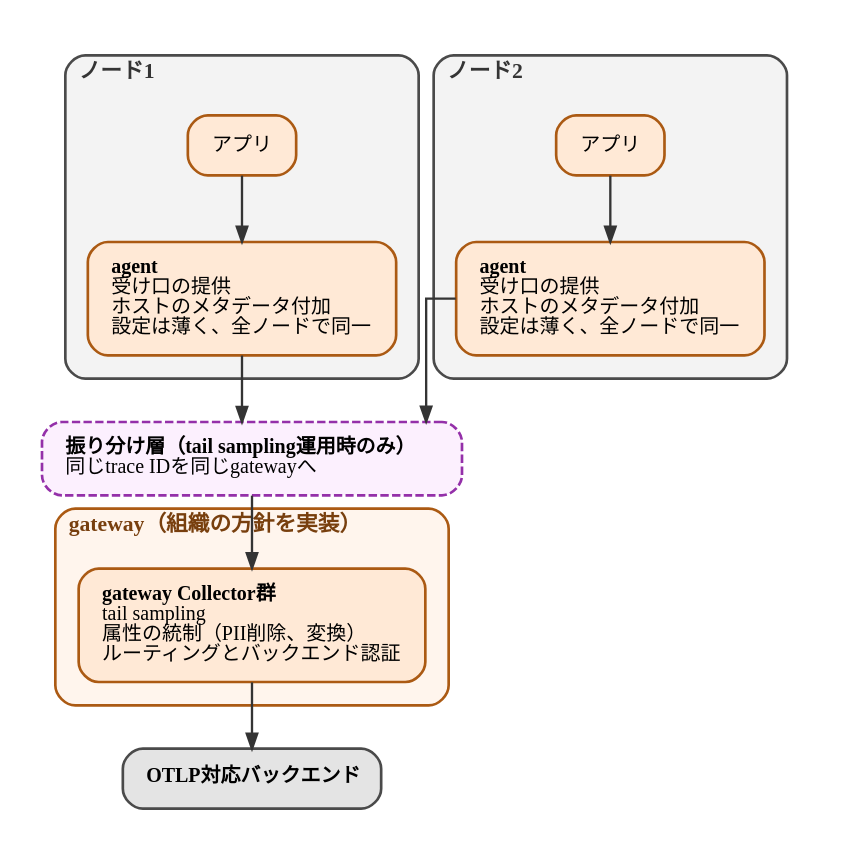
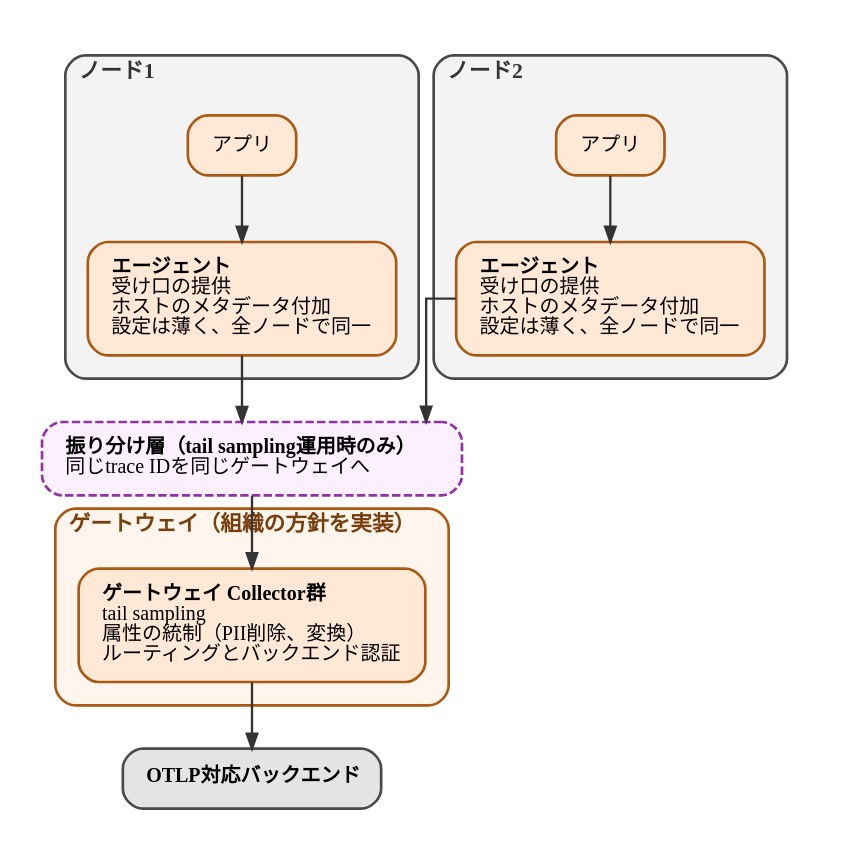
One commit to ymotongpoo/zenn.dev changed the diagram in diagrams/observability-platform-with-otel/20260926-agent-gateway.dot. Above: the diagram before and after it, drawn with Graphviz. The commit also changed 27 other files, not shown here.

```diff
--- a/diagrams/observability-platform-with-otel/20260926-agent-gateway.dot
+++ b/diagrams/observability-platform-with-otel/20260926-agent-gateway.dot
@@ -1,56 +1,56 @@
 // agentとgatewayの2段トポロジー
 digraph agent_gateway {
   graph [
     fontname="IBM Plex Sans JP", fontsize=13,
     rankdir=TB, compound=true, splines=ortho,
     nodesep=0.5, ranksep=0.55, pad=0.25,
     bgcolor="white", newrank=true
   ];
   node [
     fontname="IBM Plex Sans JP", fontsize=12,
     shape=box, style="rounded,filled",
     fillcolor="#E4E4E4", color="#4A4A4A", penwidth=1.6,
     margin="0.2,0.14"
   ];
   edge [
     fontname="IBM Plex Sans JP", fontsize=11,
     color="#343434", penwidth=1.4, arrowsize=0.9,
     fontcolor="#171717"
   ];
 
   subgraph cluster_node1 {
     label=<<b>ノード1</b>>;
     labeljust="l"; style="rounded"; penwidth=1.6;
     color="#4A4A4A"; bgcolor="#F3F3F3"; fontcolor="#343434"; margin=14;
     app1 [label="アプリ", fillcolor="#FFE9D6", color="#AB5A13"];
-    agent1 [label=<<b>agent</b><br align="left"/>受け口の提供<br align="left"/>ホストのメタデータ付加<br align="left"/>設定は薄く、全ノードで同一<br align="left"/>>, fillcolor="#FFE9D6", color="#AB5A13"];
+    agent1 [label=<<b>エージェント</b><br align="left"/>受け口の提供<br align="left"/>ホストのメタデータ付加<br align="left"/>設定は薄く、全ノードで同一<br align="left"/>>, fillcolor="#FFE9D6", color="#AB5A13"];
     app1 -> agent1;
   }
 
   // agentの役割は全ノードで同一。図の2箱は同じものを表す
 
   subgraph cluster_node2 {
     label=<<b>ノード2</b>>;
     labeljust="l"; style="rounded"; penwidth=1.6;
     color="#4A4A4A"; bgcolor="#F3F3F3"; fontcolor="#343434"; margin=14;
     app2 [label="アプリ", fillcolor="#FFE9D6", color="#AB5A13"];
-    agent2 [label=<<b>agent</b><br align="left"/>受け口の提供<br align="left"/>ホストのメタデータ付加<br align="left"/>設定は薄く、全ノードで同一<br align="left"/>>, fillcolor="#FFE9D6", color="#AB5A13"];
+    agent2 [label=<<b>エージェント</b><br align="left"/>受け口の提供<br align="left"/>ホストのメタデータ付加<br align="left"/>設定は薄く、全ノードで同一<br align="left"/>>, fillcolor="#FFE9D6", color="#AB5A13"];
     app2 -> agent2;
   }
 
-  lb [label=<<b>振り分け層（tail sampling運用時のみ）</b><br align="left"/>同じtrace IDを同じgatewayへ<br align="left"/>>, fillcolor="#FCF0FE", color="#9430A9", style="rounded,filled,dashed"];
+  lb [label=<<b>振り分け層（tail sampling運用時のみ）</b><br align="left"/>同じtrace IDを同じゲートウェイへ<br align="left"/>>, fillcolor="#FCF0FE", color="#9430A9", style="rounded,filled,dashed"];
 
   subgraph cluster_gateway {
-    label=<<b>gateway（組織の方針を実装）</b>>;
+    label=<<b>ゲートウェイ（組織の方針を実装）</b>>;
     labeljust="l"; style="rounded"; penwidth=1.6;
     color="#AB5A13"; bgcolor="#FFF5ED"; fontcolor="#783F0E"; margin=14;
-    gw [label=<<b>gateway Collector群</b><br align="left"/>tail sampling<br align="left"/>属性の統制（PII削除、変換）<br align="left"/>ルーティングとバックエンド認証<br align="left"/>>, fillcolor="#FFE9D6", color="#AB5A13"];
+    gw [label=<<b>ゲートウェイ Collector群</b><br align="left"/>tail sampling<br align="left"/>属性の統制（PII削除、変換）<br align="left"/>ルーティングとバックエンド認証<br align="left"/>>, fillcolor="#FFE9D6", color="#AB5A13"];
   }
 
   backend [label=<<b>OTLP対応バックエンド</b>>];
 
   agent1 -> lb;
   agent2 -> lb;
   lb -> gw;
   gw -> backend;
 }
```
